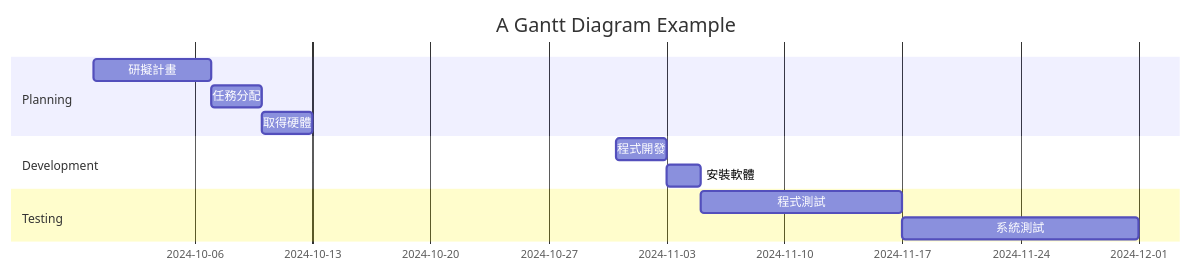
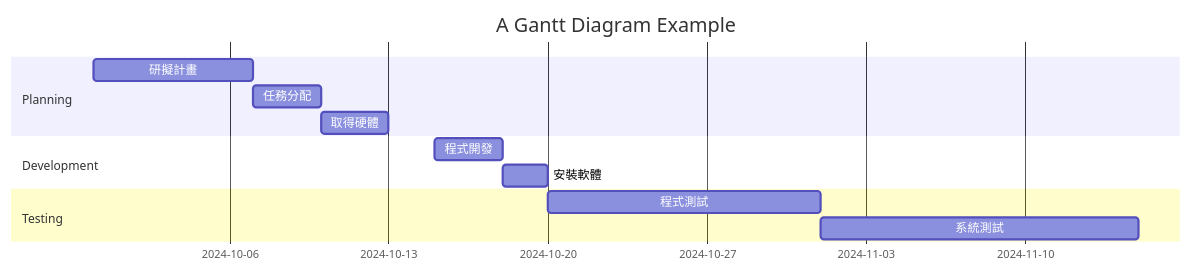
The diagram in hw2.md (koreanfish1450/homework), drawn with Mermaid before and after one commit.

````diff
--- a/hw2.md
+++ b/hw2.md
@@ -1,17 +1,17 @@
 ```mermaid
 gantt
     title A Gantt Diagram Example
 
     section Planning
     研擬計畫     :a1, 2024-09-30, 7d
     任務分配     :a2, after a1  , 3d
     取得硬體     :a3, after a2, 3d
 
     section Development
-    程式開發      :a4, 2024-10-31, 3d
+    程式開發      :a4, 2024-10-15, 3d
     安裝軟體      :a5, after a4, 2d
 
     section Testing
     程式測試     :a6, after a5, 12d
     系統測試     :a7, after a6, 14d
 ```
````
